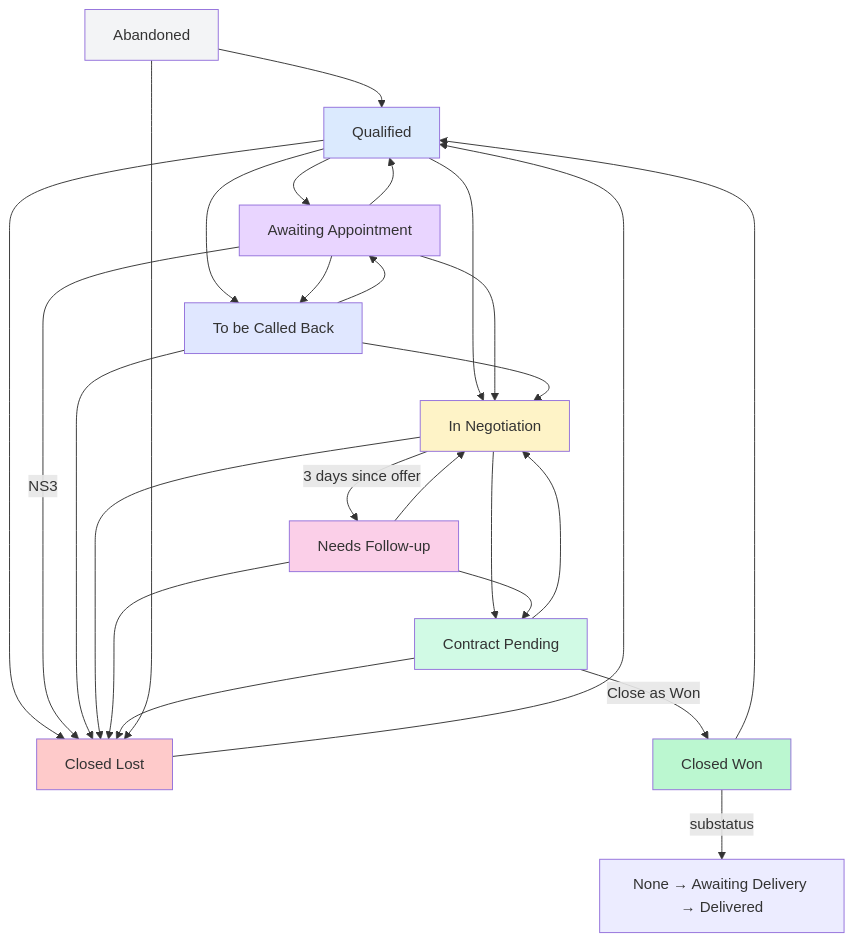
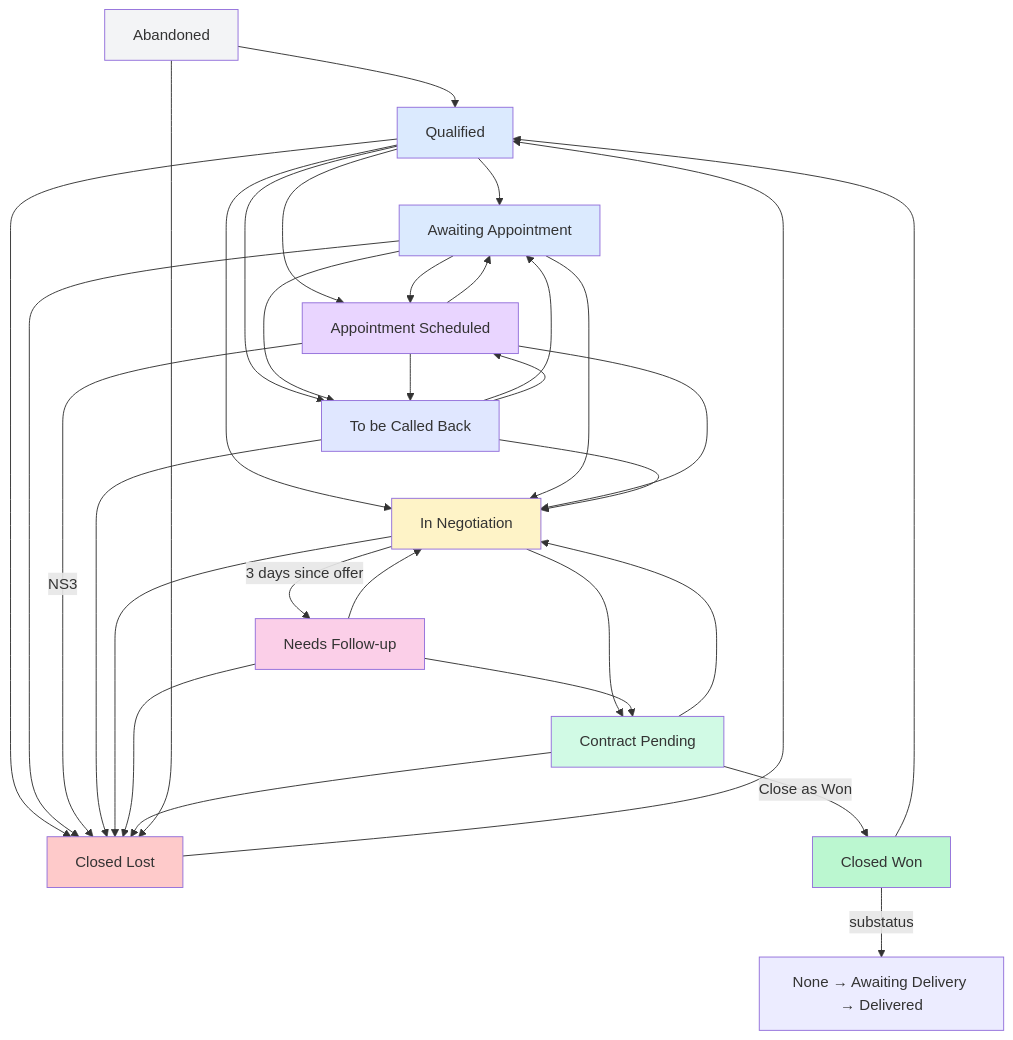
Before and after one commit to salsabeelkhaleelMK/ProjectUltra: the first of 2 diagrams in STATE_MACHINE_SPEC.md, drawn with Mermaid. The commit also changed other lines of this file and 197 other files, not shown here.

````diff
--- a/STATE_MACHINE_SPEC.md
+++ b/STATE_MACHINE_SPEC.md
@@ -5,46 +5,54 @@
 ```mermaid
 graph TD
     Q[Qualified] --> AA[Awaiting Appointment]
+    Q --> AS[Appointment Scheduled]
     Q --> TBC[To be Called Back]
     Q --> IN[In Negotiation]
     Q --> CL[Closed Lost]
     
+    AA --> AS
     AA --> IN
     AA --> TBC
-    AA --> Q
-    AA -->|NS3| CL
+    AA --> CL
+    
+    AS --> IN
+    AS --> TBC
+    AS --> AA
+    AS -->|NS3| CL
     
     TBC --> AA
+    TBC --> AS
     TBC --> IN
     TBC --> CL
     
     IN -->|3 days since offer| NF[Needs Follow-up]
     IN --> CP[Contract Pending]
     IN --> CL
     
     NF --> CP
     NF --> IN
     NF --> CL
     
     CP -->|Close as Won| CW[Closed Won]
     CP --> IN
     CP --> CL
     
     CW -->|substatus| CW1[None → Awaiting Delivery → Delivered]
     CW --> Q
     
     CL --> Q
     
     AB[Abandoned] --> Q
     AB --> CL
     
     style Q fill:#dbeafe
-    style AA fill:#e9d5ff
+    style AA fill:#dbeafe
+    style AS fill:#e9d5ff
     style TBC fill:#e0e7ff
     style IN fill:#fef3c7
     style NF fill:#fbcfe8
     style CP fill:#d1fae5
     style CW fill:#bbf7d0
     style CL fill:#fecaca
     style AB fill:#f3f4f6
 ```
````
